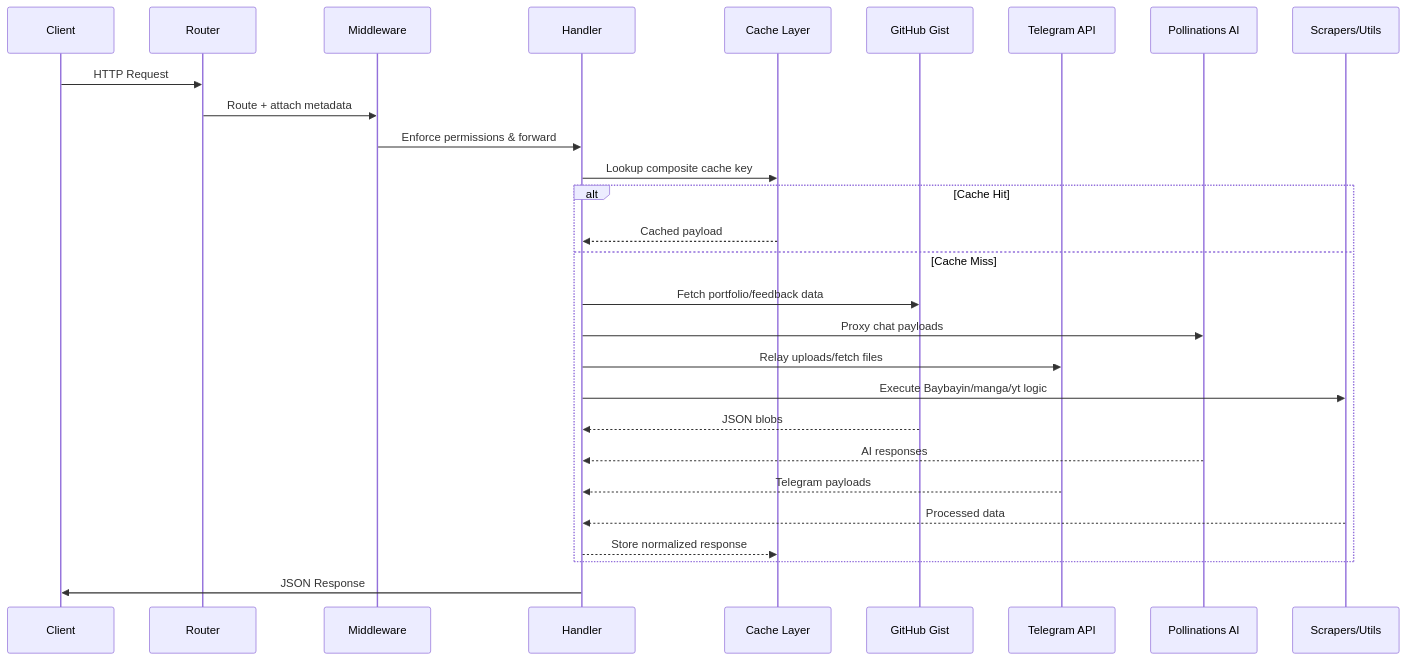
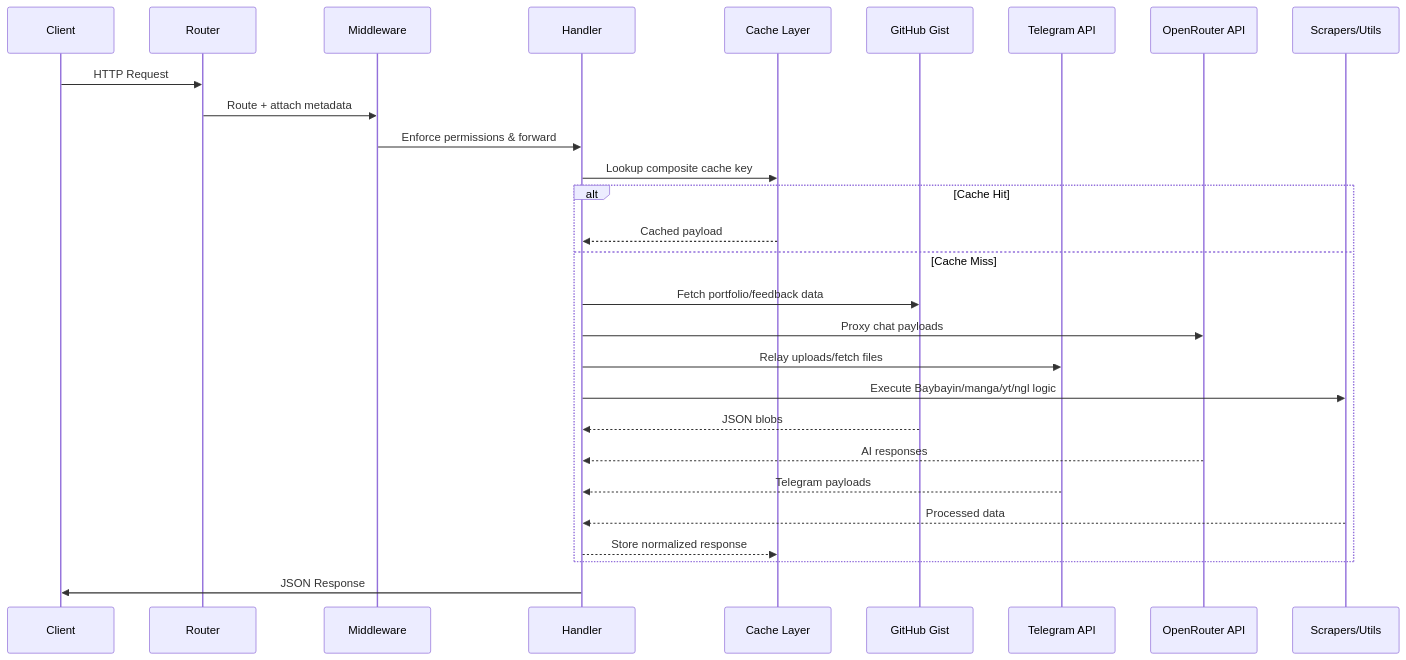
The third of 3 diagrams in README.md (RyannKim327/portfolio-backend), drawn with Mermaid before and after one commit. The commit also changed other lines of this file, not shown here.

````diff
--- a/README.md
+++ b/README.md
@@ -333,31 +354,31 @@
 ```mermaid
 sequenceDiagram
     participant C as Client
     participant R as Router
     participant M as Middleware
     participant H as Handler
     participant Cache as Cache Layer
     participant G as GitHub Gist
     participant T as Telegram API
-    participant AI as Pollinations AI
+    participant AI as OpenRouter API
     participant S as Scrapers/Utils
 
     C->>R: HTTP Request
     R->>M: Route + attach metadata
     M->>H: Enforce permissions & forward
     H->>Cache: Lookup composite cache key
     alt Cache Hit
         Cache-->>H: Cached payload
     else Cache Miss
         H->>G: Fetch portfolio/feedback data
         H->>AI: Proxy chat payloads
         H->>T: Relay uploads/fetch files
-        H->>S: Execute Baybayin/manga/yt logic
+        H->>S: Execute Baybayin/manga/yt/ngl logic
         G-->>H: JSON blobs
         AI-->>H: AI responses
         T-->>H: Telegram payloads
         S-->>H: Processed data
         H-->>Cache: Store normalized response
     end
     H->>C: JSON Response
 ```
````
